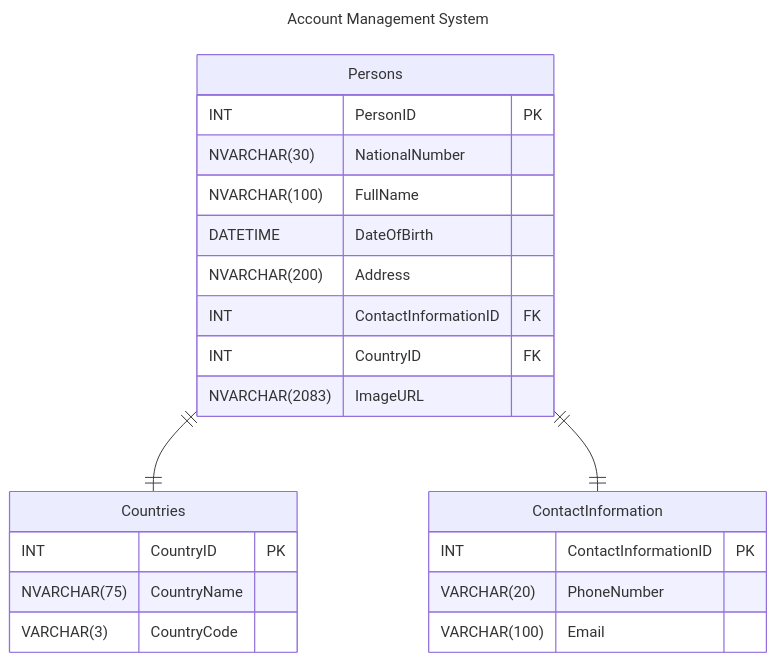
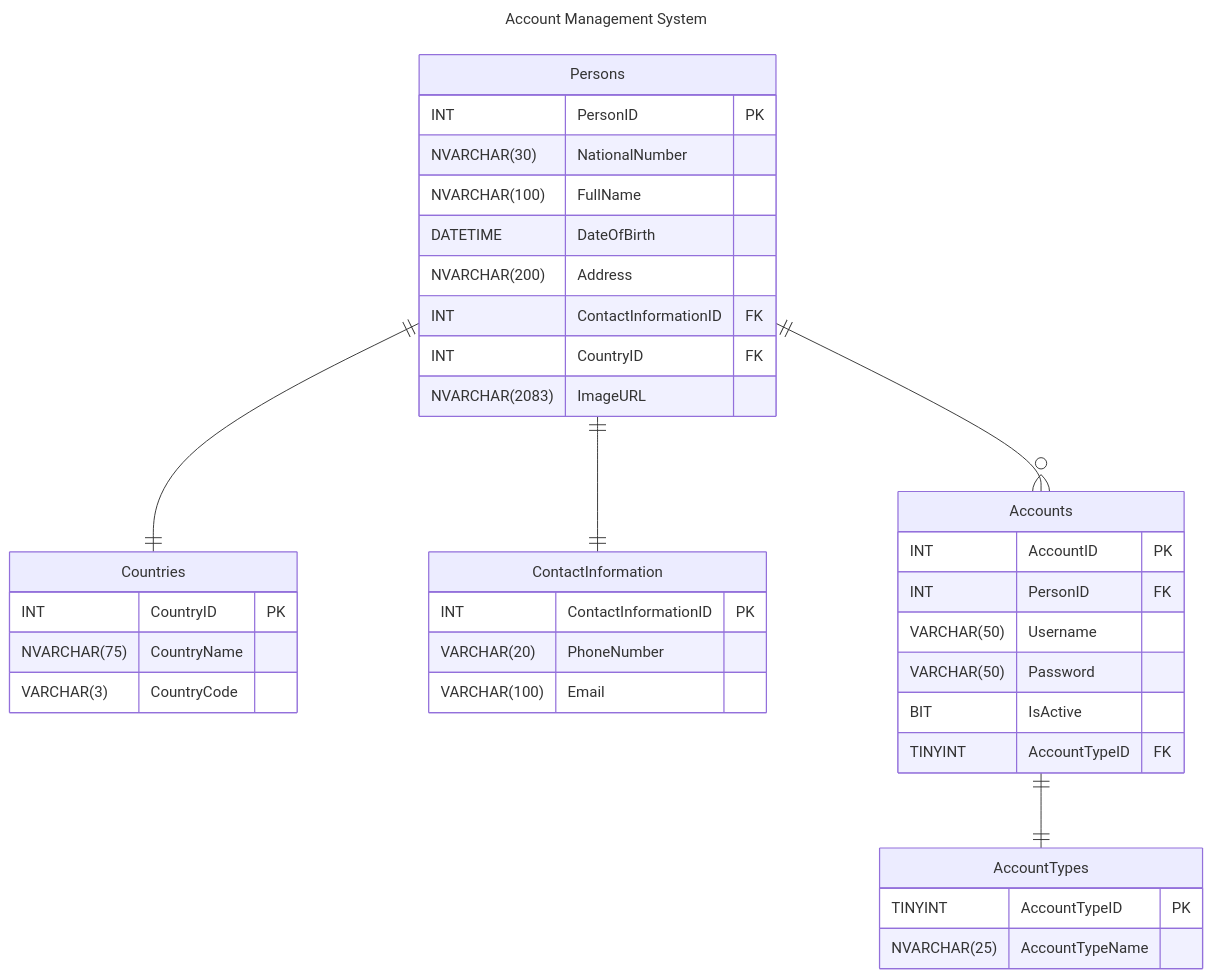
One commit to M4MD24/Full-Real-Project-by-Programming-Advices changed the diagram in RelationalSchema/AccountManagementSystem.mmd. Above: the diagram before and after it, drawn with Mermaid.

Commit message:
Create (Accounts, AccountTypes) Tables and Set Relationships

```diff
--- a/RelationalSchema/AccountManagementSystem.mmd
+++ b/RelationalSchema/AccountManagementSystem.mmd
@@ -1,27 +1,41 @@
 ---
 title: Account Management System
 ---
 erDiagram
     Persons {
         INT PersonID PK
         NVARCHAR(30) NationalNumber
         NVARCHAR(100) FullName
         DATETIME DateOfBirth
         NVARCHAR(200) Address
         INT ContactInformationID FK
         INT CountryID FK
         NVARCHAR(2083) ImageURL
     }
     Countries {
         INT CountryID PK
         NVARCHAR(75) CountryName
         VARCHAR(3) CountryCode
     }
     ContactInformation {
         INT ContactInformationID PK
         VARCHAR(20) PhoneNumber
         VARCHAR(100) Email
     }
+    AccountTypes {
+        TINYINT AccountTypeID PK
+        NVARCHAR(25) AccountTypeName
+    }
+    Accounts {
+        INT AccountID PK
+        INT PersonID FK
+        VARCHAR(50) Username
+        VARCHAR(50) Password
+        BIT IsActive
+        TINYINT AccountTypeID FK
+    }
 
     Persons ||--|| Countries: ""
     Persons ||--|| ContactInformation: ""
+    Persons ||--o{ Accounts: ""
+    Accounts ||--|| AccountTypes: ""
```
